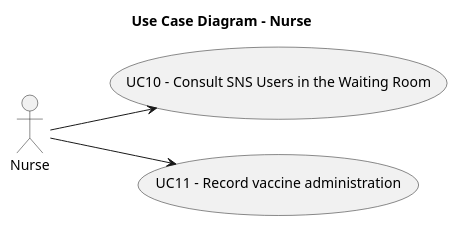
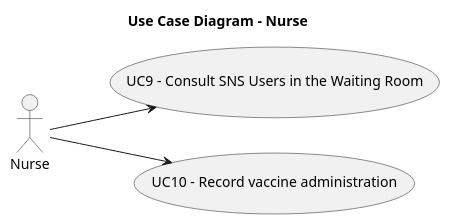
One commit to Andre-1240567/fsoft2026_1DD_1 changed the diagram in Documentation/global-artifacts/puml/UCD_Nurse.puml. Above: the diagram before and after it, drawn with PlantUML. The commit also changed 36 other files, not shown here.

```diff
--- a/Documentation/global-artifacts/puml/UCD_Nurse.puml
+++ b/Documentation/global-artifacts/puml/UCD_Nurse.puml
@@ -1,13 +1,13 @@
 @startuml UCD_Nurse
 title Use Case Diagram - Nurse
 left to right direction
 
 actor "Nurse" as Nurse
 
 
-    usecase "UC10 - Consult SNS Users in the Waiting Room" as UC10
-    usecase "UC11 - Record vaccine administration" as UC11
+    usecase "UC9 - Consult SNS Users in the Waiting Room" as UC9
+    usecase "UC10 - Record vaccine administration" as UC10
 
+Nurse --> UC9
 Nurse --> UC10
-Nurse --> UC11
 @enduml
```
